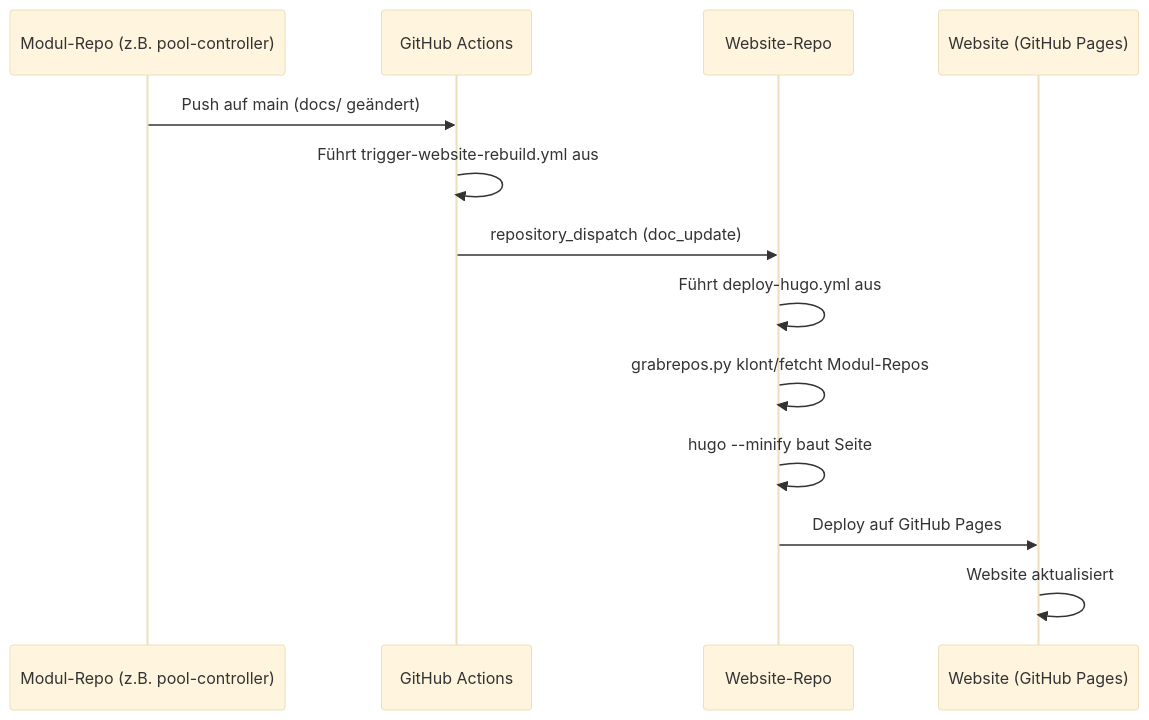
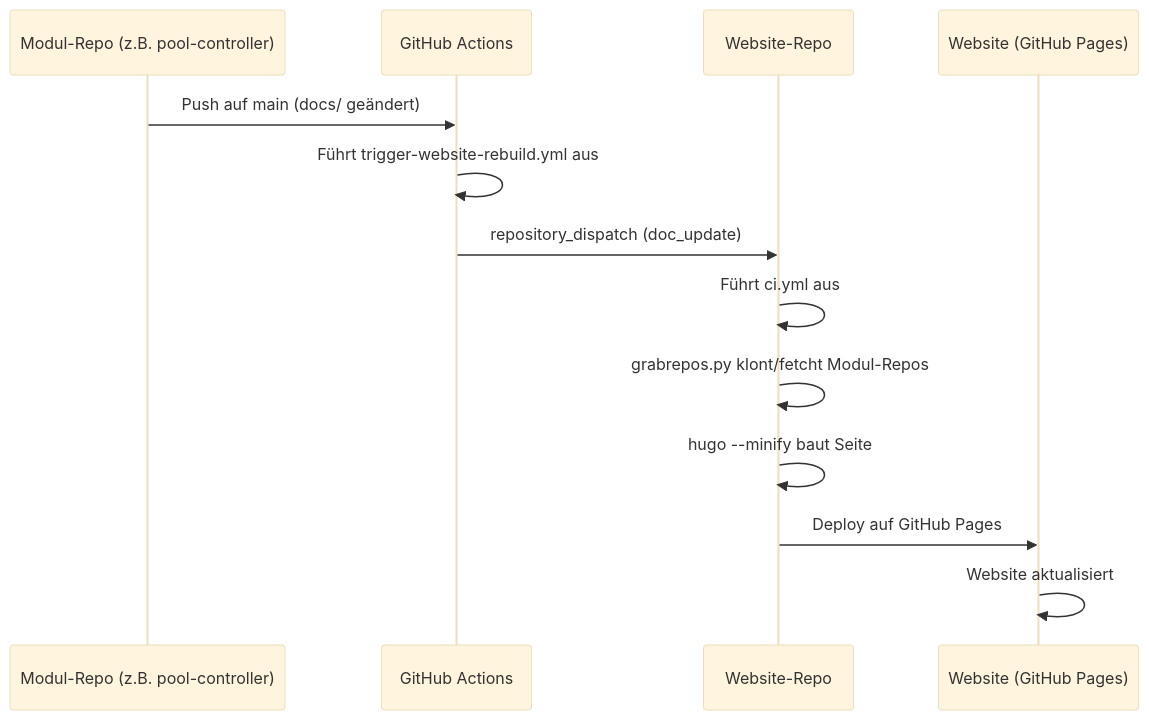
Before and after one commit to smart-swimmingpool/website: the diagram in docs/trigger-website-rebuild.de.md, drawn with Mermaid (base theme). The commit also changed 7 other files, not shown here.

````diff
--- a/docs/trigger-website-rebuild.de.md
+++ b/docs/trigger-website-rebuild.de.md
@@ -69,16 +69,16 @@
 ```mermaid
 sequenceDiagram
     participant M as Modul-Repo (z.B. pool-controller)
     participant G as GitHub Actions
     participant W as Website-Repo
     participant S as Website (GitHub Pages)
 
     M->>G: Push auf main (docs/ geändert)
     G->>G: Führt trigger-website-rebuild.yml aus
     G->>W: repository_dispatch (doc_update)
-    W->>W: Führt deploy-hugo.yml aus
+    W->>W: Führt ci.yml aus
     W->>W: grabrepos.py klont/fetcht Modul-Repos
     W->>W: hugo --minify baut Seite
     W->>S: Deploy auf GitHub Pages
     S->>S: Website aktualisiert
 ```
````
